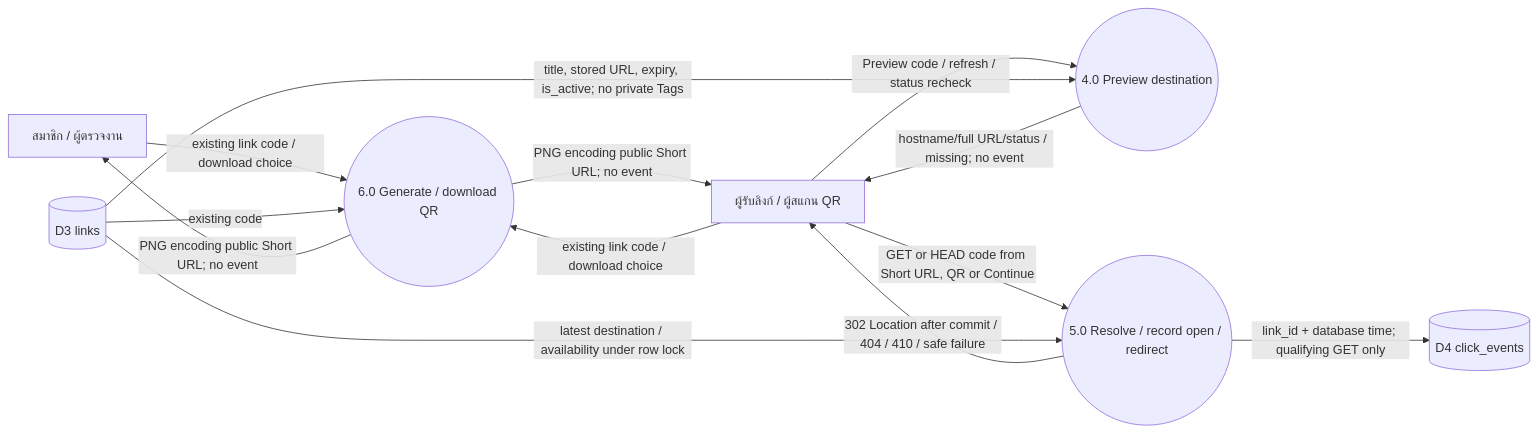
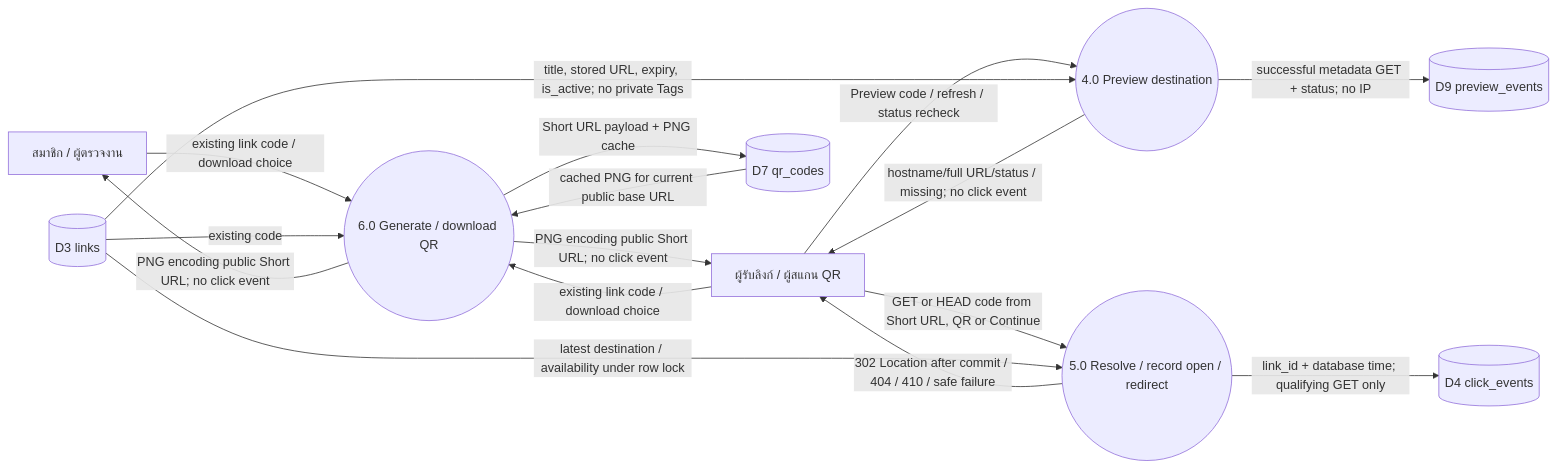
One commit to nicky-wrc/short-url-system changed the diagram in docs/diagrams/dfd-public-links.mmd. Above: the diagram before and after it, drawn with Mermaid. The commit also changed 32 other files, not shown here.

```diff
--- a/docs/diagrams/dfd-public-links.mmd
+++ b/docs/diagrams/dfd-public-links.mmd
@@ -1,20 +1,25 @@
 flowchart LR
   U["สมาชิก / ผู้ตรวจงาน"]
   V["ผู้รับลิงก์ / ผู้สแกน QR"]
   P4(("4.0 Preview destination"))
   P5(("5.0 Resolve / record open / redirect"))
   P6(("6.0 Generate / download QR"))
   D3[("D3 links")]
   D4[("D4 click_events")]
   V -->|"Preview code / refresh / status recheck"| P4
   D3 -->|"title, stored URL, expiry, is_active; no private Tags"| P4
-  P4 -->|"hostname/full URL/status / missing; no event"| V
+  P4 -->|"hostname/full URL/status / missing; no click event"| V
   V -->|"GET or HEAD code from Short URL, QR or Continue"| P5
   D3 -->|"latest destination / availability under row lock"| P5
   P5 -->|"link_id + database time; qualifying GET only"| D4
   P5 -->|"302 Location after commit / 404 / 410 / safe failure"| V
   U -->|"existing link code / download choice"| P6
   V -->|"existing link code / download choice"| P6
   D3 -->|"existing code"| P6
-  P6 -->|"PNG encoding public Short URL; no event"| U
-  P6 -->|"PNG encoding public Short URL; no event"| V
+  P6 -->|"PNG encoding public Short URL; no click event"| U
+  P6 -->|"PNG encoding public Short URL; no click event"| V
+  D7[("D7 qr_codes")]
+  D9[("D9 preview_events")]
+  P6 -->|"Short URL payload + PNG cache"| D7
+  D7 -->|"cached PNG for current public base URL"| P6
+  P4 -->|"successful metadata GET + status; no IP"| D9
```
